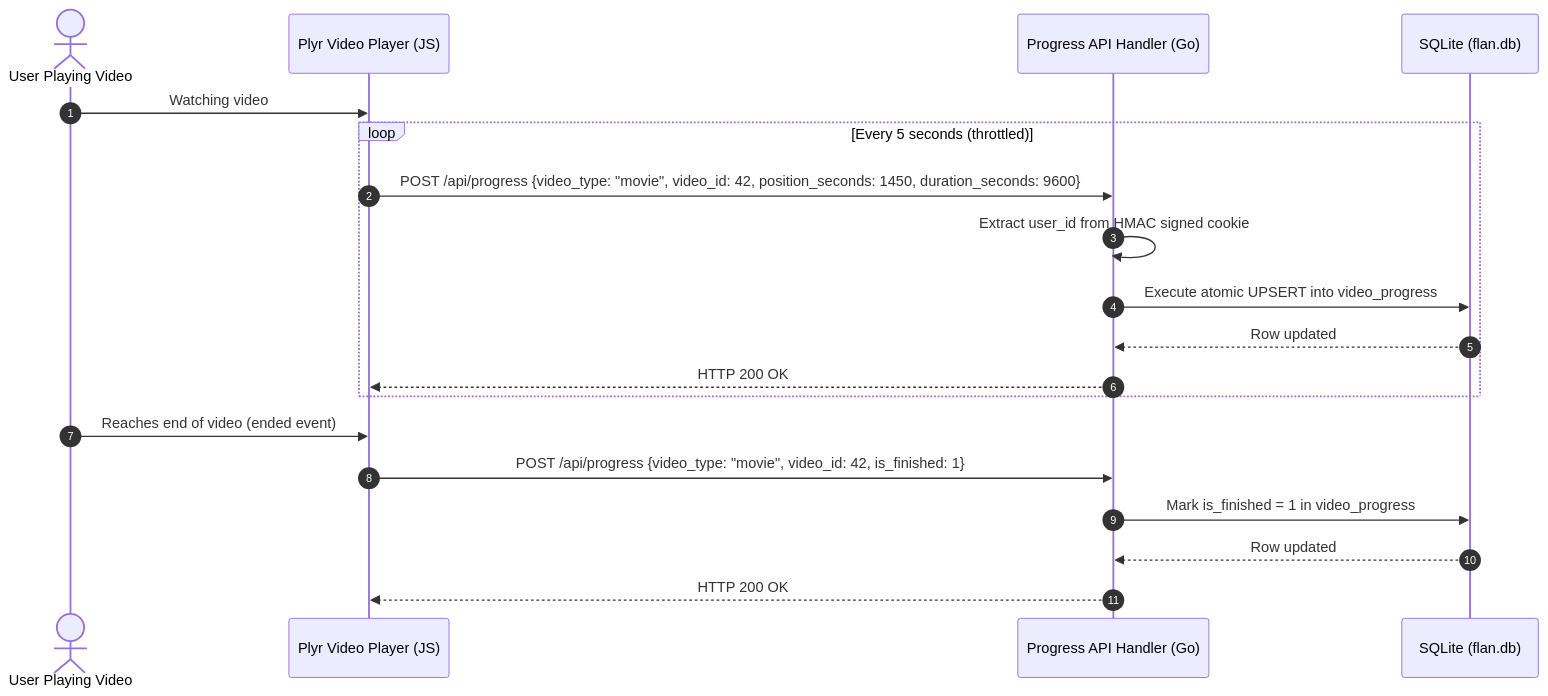
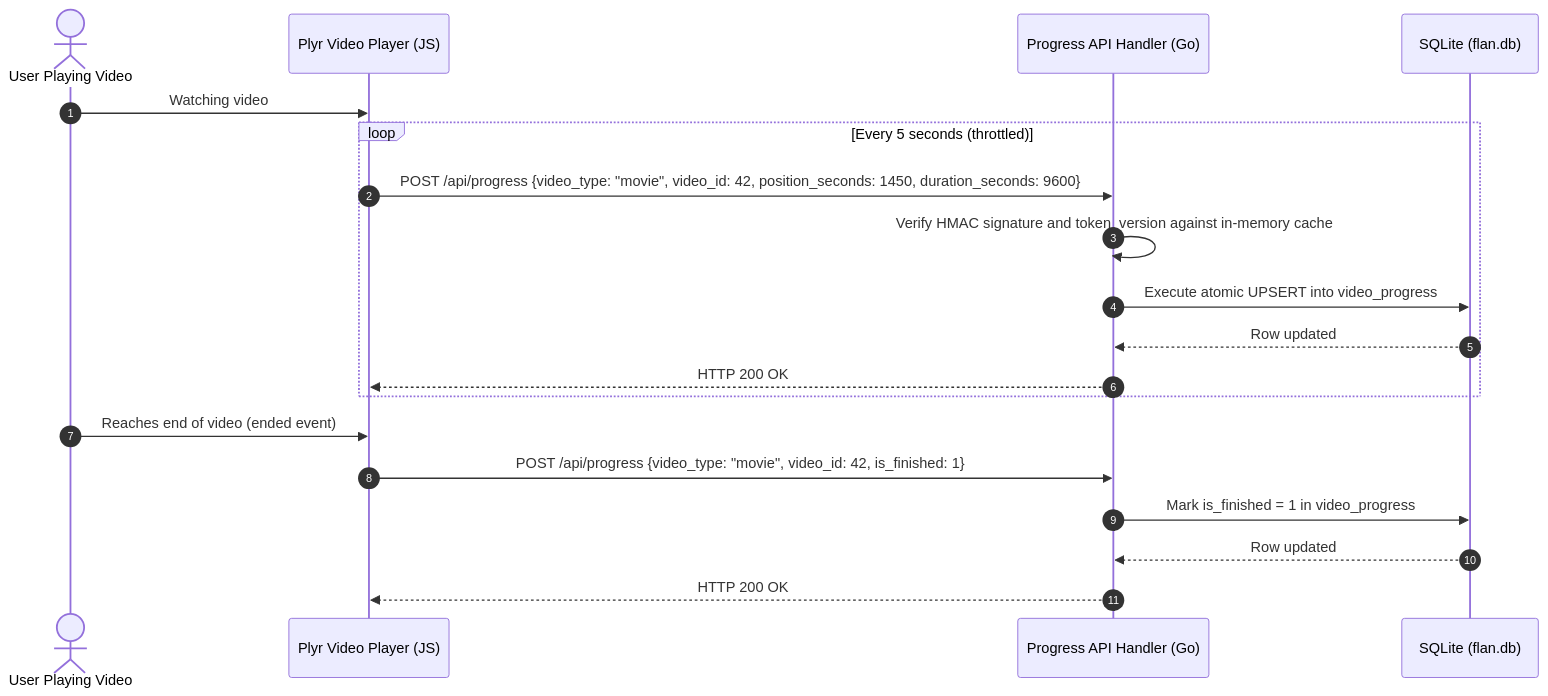
One commit to WesleyEsq/Flan-Media-Server changed the fifth of 6 diagrams in docs/diagrams/data-flow.md. Above: the diagram before and after it, drawn with Mermaid. The commit also changed other lines of this file and 8 other files, not shown here.

````diff
--- a/docs/diagrams/data-flow.md
+++ b/docs/diagrams/data-flow.md
@@ -198,23 +203,23 @@
 ```mermaid
 sequenceDiagram
     autonumber
     actor User as User Playing Video
     participant Player as Plyr Video Player (JS)
     participant API as Progress API Handler (Go)
     participant DB as SQLite (flan.db)
 
     User->>Player: Watching video
     loop Every 5 seconds (throttled)
         Player->>API: POST /api/progress {video_type: "movie", video_id: 42, position_seconds: 1450, duration_seconds: 9600}
-        API->>API: Extract user_id from HMAC signed cookie
+        API->>API: Verify HMAC signature and token_version against in-memory cache
         API->>DB: Execute atomic UPSERT into video_progress
         DB-->>API: Row updated
         API-->>Player: HTTP 200 OK
     end
 
     User->>Player: Reaches end of video (ended event)
     Player->>API: POST /api/progress {video_type: "movie", video_id: 42, is_finished: 1}
     API->>DB: Mark is_finished = 1 in video_progress
     DB-->>API: Row updated
     API-->>Player: HTTP 200 OK
 ```
````
